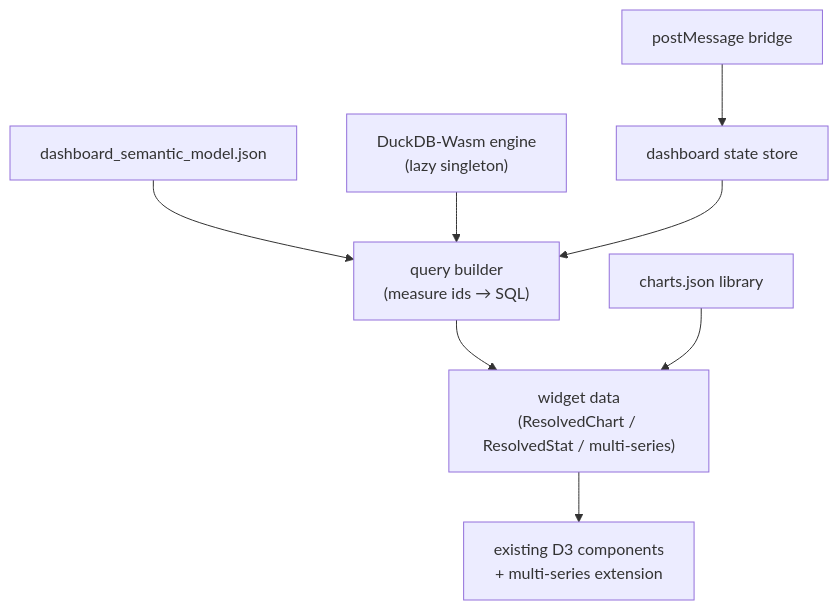
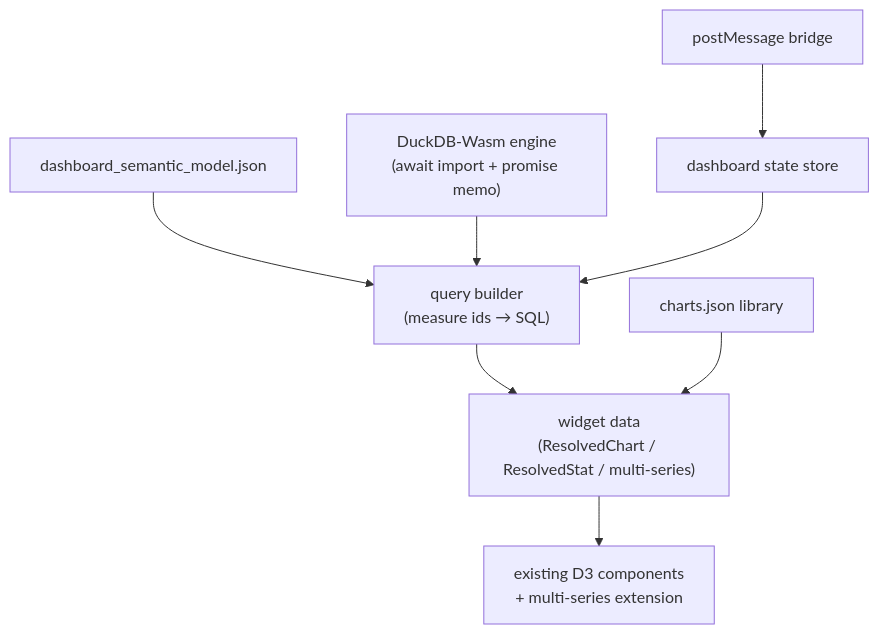
Before and after one commit to ObjectVision/DeRondeKaart: the diagram in plans/dashboard-capabilities.md, drawn with Mermaid. The commit also changed other lines of this file, not shown here.

````diff
--- a/plans/dashboard-capabilities.md
+++ b/plans/dashboard-capabilities.md
@@ -55,10 +135,10 @@
 ```mermaid
 flowchart TD
     sm["dashboard_semantic_model.json"] --> qb["query builder<br/>(measure ids → SQL)"]
-    dd["DuckDB-Wasm engine<br/>(lazy singleton)"] --> qb
+    dd["DuckDB-Wasm engine<br/>(await import + promise memo)"] --> qb
     qb --> wd["widget data<br/>(ResolvedChart / ResolvedStat / multi-series)"]
     cj["charts.json library"] --> wd
     wd --> charts["existing D3 components<br/>+ multi-series extension"]
     pm["postMessage bridge"] --> state["dashboard state store"]
     state --> qb
 ```
````
